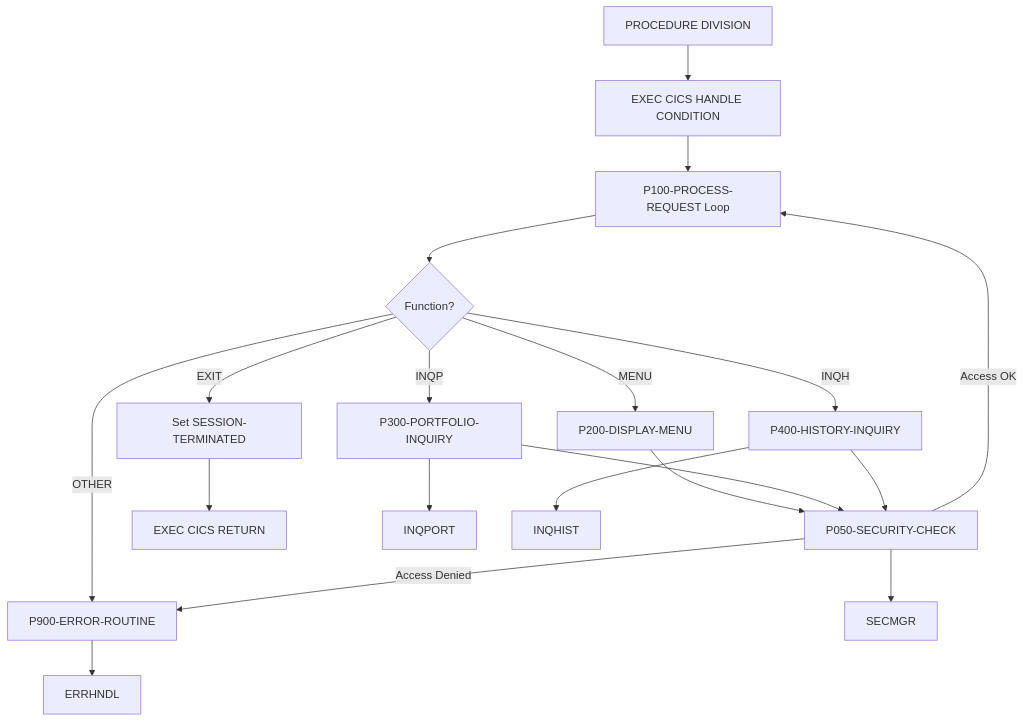
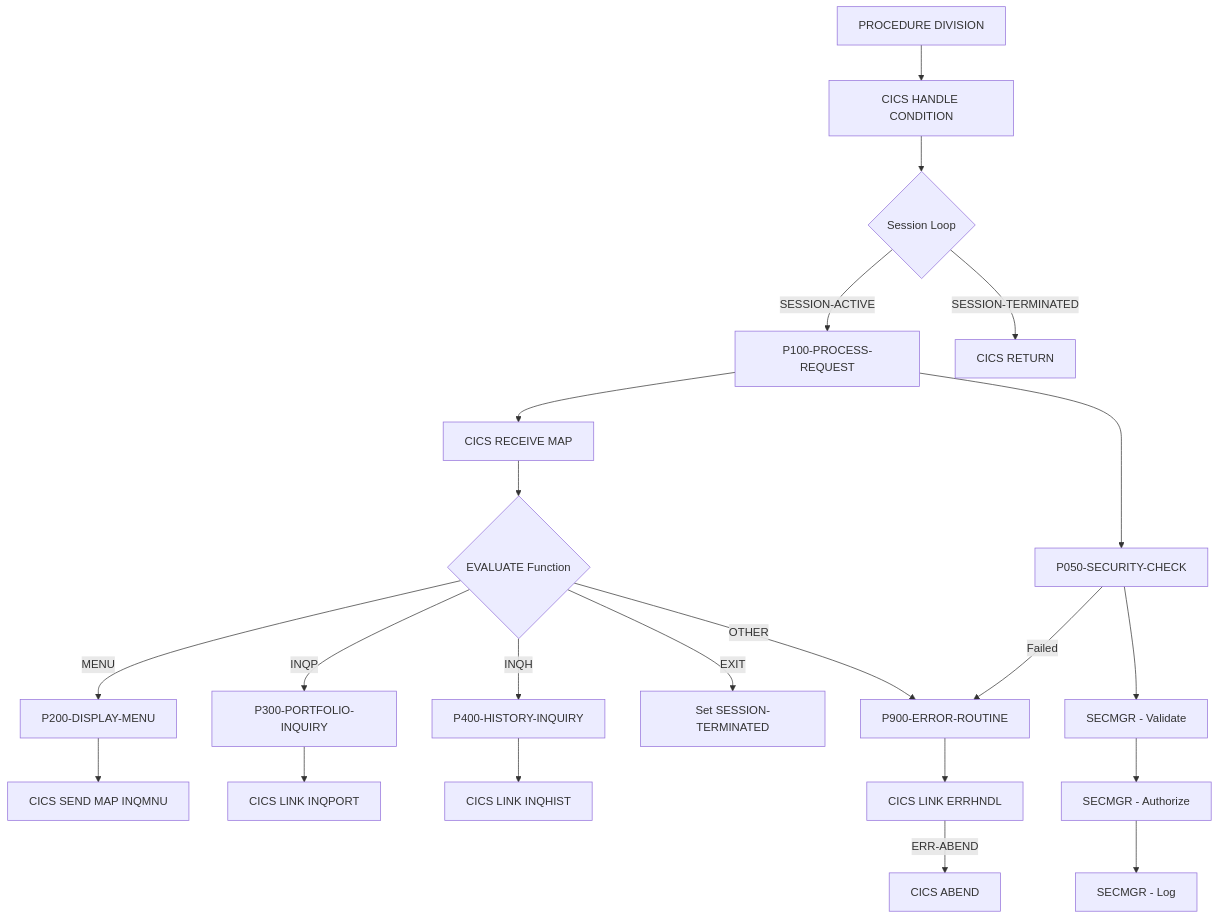
One commit to haladir-com/legacy-benchmark-docs-vb70e1 changed the diagram in docs/programs/INQONLN.mdx. Above: the diagram before and after it, drawn with Mermaid. The commit also changed other lines of this file and 63 other files, not shown here.

````diff
--- a/docs/programs/INQONLN.mdx
+++ b/docs/programs/INQONLN.mdx
@@ -20,26 +25,30 @@
 ```mermaid
 graph TD
-    A[PROCEDURE DIVISION] --> B[EXEC CICS HANDLE CONDITION]
-    B --> C[P100-PROCESS-REQUEST Loop]
-    C --> D{Function?}
+    A[PROCEDURE DIVISION] --> B[CICS HANDLE CONDITION]
+    B --> C{Session Loop}
+    C -->|SESSION-ACTIVE| D[P100-PROCESS-REQUEST]
+    C -->|SESSION-TERMINATED| E[CICS RETURN]
     
-    D -->|MENU| E[P200-DISPLAY-MENU]
-    D -->|INQP| F[P300-PORTFOLIO-INQUIRY]
-    D -->|INQH| G[P400-HISTORY-INQUIRY]
-    D -->|EXIT| H[Set SESSION-TERMINATED]
-    D -->|OTHER| I[P900-ERROR-ROUTINE]
+    D --> F[CICS RECEIVE MAP]
+    F --> G{EVALUATE Function}
     
-    E --> J[P050-SECURITY-CHECK]
-    F --> J
-    G --> J
+    G -->|MENU| H[P200-DISPLAY-MENU]
+    G -->|INQP| I[P300-PORTFOLIO-INQUIRY]
+    G -->|INQH| J[P400-HISTORY-INQUIRY]
+    G -->|EXIT| K[Set SESSION-TERMINATED]
+    G -->|OTHER| L[P900-ERROR-ROUTINE]
     
-    J -->|Access Denied| I
-    J -->|Access OK| C
+    D --> M[P050-SECURITY-CHECK]
+    M -->|Failed| L
     
-    H --> K[EXEC CICS RETURN]
+    H --> H1[CICS SEND MAP INQMNU]
+    I --> I1[CICS LINK INQPORT]
+    J --> J1[CICS LINK INQHIST]
     
-    F --> F1[INQPORT]
-    G --> G1[INQHIST]
-    I --> I1[ERRHNDL]
-    J --> J1[SECMGR]
+    L --> L1[CICS LINK ERRHNDL]
+    L1 -->|ERR-ABEND| L2[CICS ABEND]
+    
+    M --> M1[SECMGR - Validate]
+    M1 --> M2[SECMGR - Authorize]
+    M2 --> M3[SECMGR - Log]
 ```
````
